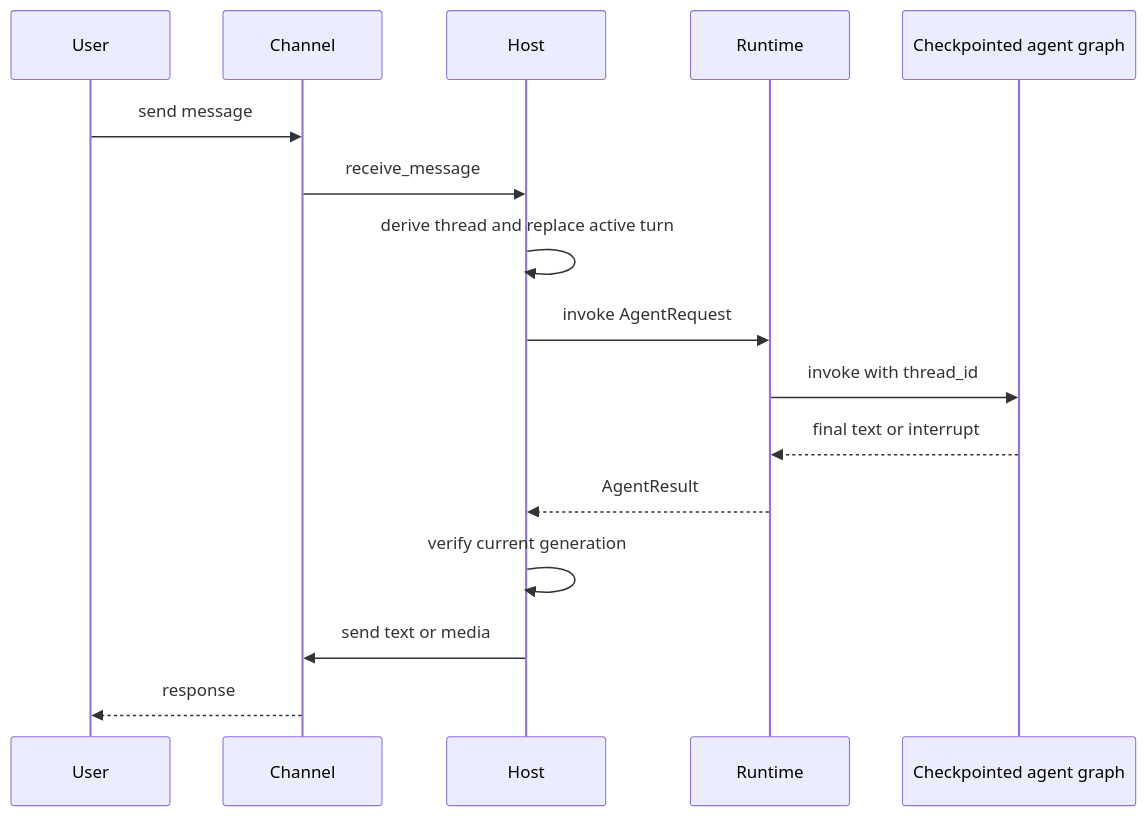
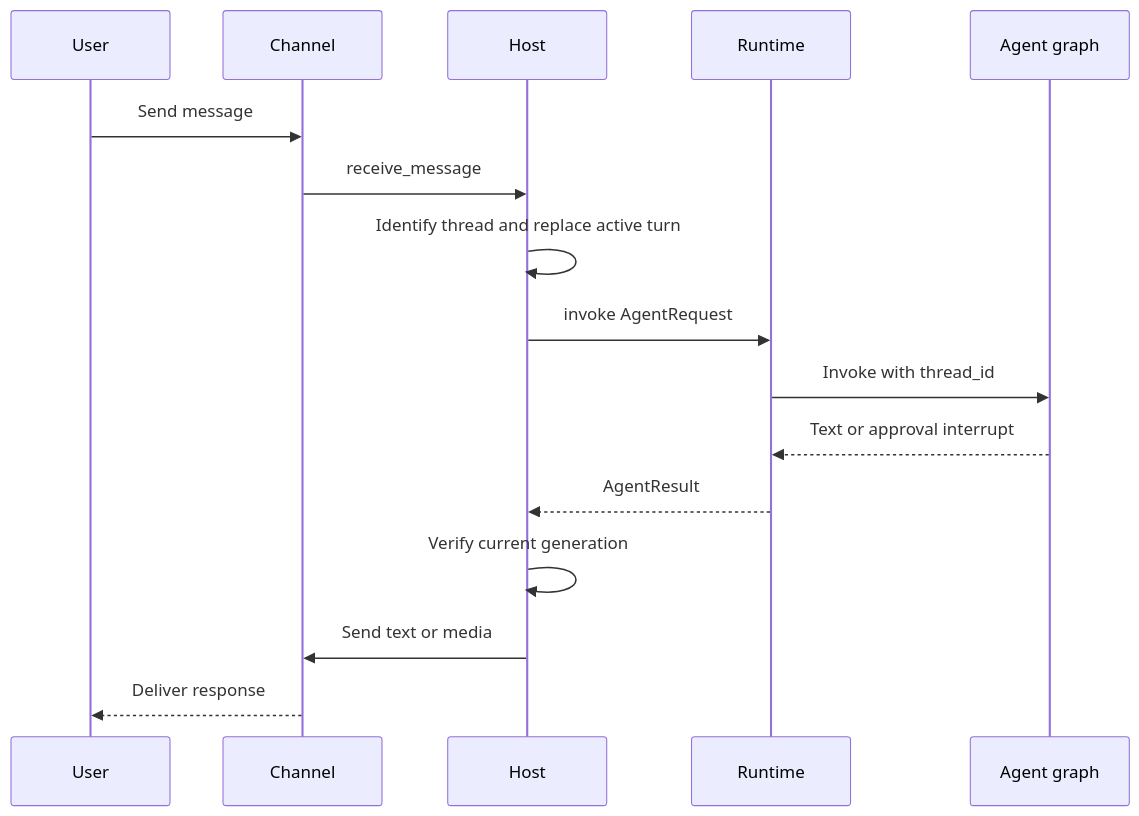
The diagram in openwiki/integrations/talon.md (langchain-ai/deepagents), drawn with Mermaid before and after one commit. The commit also changed other lines of this file and 36 other files, not shown here.

````diff
--- a/openwiki/integrations/talon.md
+++ b/openwiki/integrations/talon.md
@@ -49,18 +49,18 @@
 ```mermaid
 sequenceDiagram
     participant User
     participant Channel
     participant Host
     participant Runtime
-    participant Graph as Checkpointed agent graph
-    User->>Channel: send message
+    participant Graph as Agent graph
+    User->>Channel: Send message
     Channel->>Host: receive_message
-    Host->>Host: derive thread and replace active turn
+    Host->>Host: Identify thread and replace active turn
     Host->>Runtime: invoke AgentRequest
-    Runtime->>Graph: invoke with thread_id
-    Graph-->>Runtime: final text or interrupt
+    Runtime->>Graph: Invoke with thread_id
+    Graph-->>Runtime: Text or approval interrupt
     Runtime-->>Host: AgentResult
-    Host->>Host: verify current generation
-    Host->>Channel: send text or media
-    Channel-->>User: response
+    Host->>Host: Verify current generation
+    Host->>Channel: Send text or media
+    Channel-->>User: Deliver response
 ```
````
